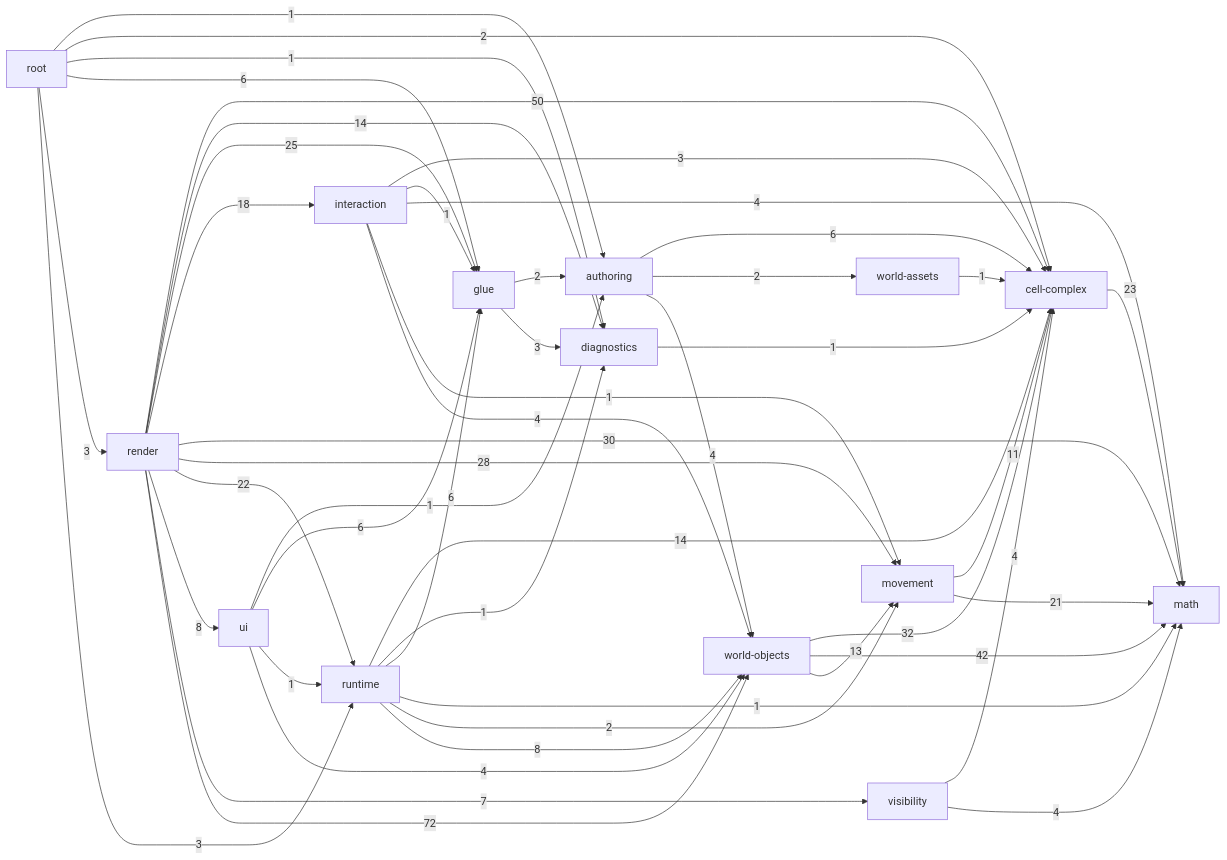
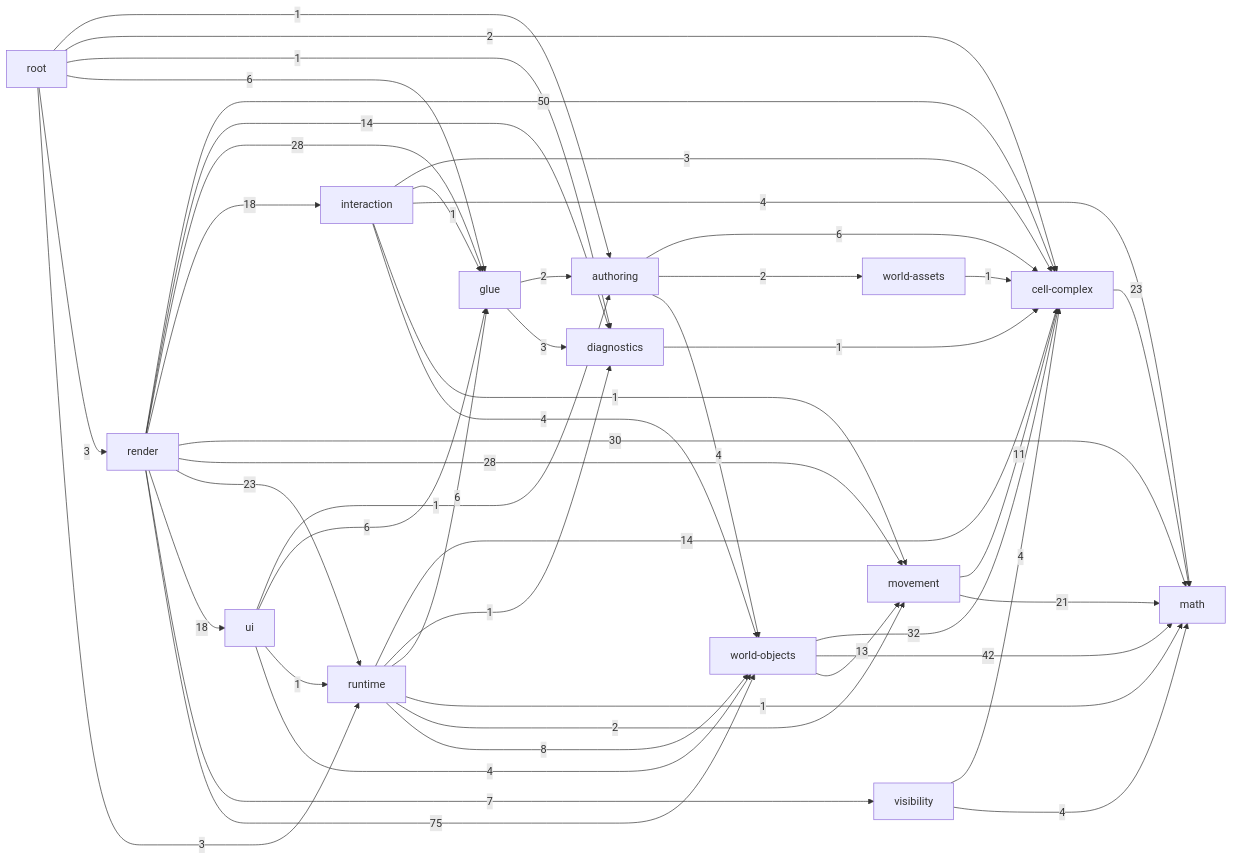
One commit to guraltsev/noneuclid-fpv changed the diagram in _docs/generated/ARCHITECTURE_REFERENCE.md. Above: the diagram before and after it, drawn with Mermaid. The commit also changed other lines of this file and 25 other files, not shown here.

````diff
--- a/_docs/generated/ARCHITECTURE_REFERENCE.md
+++ b/_docs/generated/ARCHITECTURE_REFERENCE.md
@@ -35,63 +35,63 @@
 ```mermaid
 flowchart LR
   math["math"]
   cell_complex["cell-complex"]
   diagnostics["diagnostics"]
   visibility["visibility"]
   movement["movement"]
   world_assets["world-assets"]
   world_objects["world-objects"]
   authoring["authoring"]
   glue["glue"]
   interaction["interaction"]
   runtime["runtime"]
   ui["ui"]
   render["render"]
   root["root"]
   authoring -->|6| cell_complex
   authoring -->|2| world_assets
   authoring -->|4| world_objects
   cell_complex -->|23| math
   diagnostics -->|1| cell_complex
   glue -->|2| authoring
   glue -->|3| diagnostics
   interaction -->|3| cell_complex
   interaction -->|1| glue
   interaction -->|4| math
   interaction -->|1| movement
   interaction -->|4| world_objects
   movement -->|11| cell_complex
   movement -->|21| math
   render -->|50| cell_complex
   render -->|14| diagnostics
-  render -->|25| glue
+  render -->|28| glue
   render -->|18| interaction
   render -->|30| math
   render -->|28| movement
-  render -->|22| runtime
-  render -->|8| ui
+  render -->|23| runtime
+  render -->|18| ui
   render -->|7| visibility
-  render -->|72| world_objects
+  render -->|75| world_objects
   root -->|1| authoring
   root -->|2| cell_complex
   root -->|1| diagnostics
   root -->|6| glue
   root -->|3| render
   root -->|3| runtime
   runtime -->|14| cell_complex
   runtime -->|1| diagnostics
   runtime -->|6| glue
   runtime -->|1| math
   runtime -->|2| movement
   runtime -->|8| world_objects
   ui -->|1| authoring
   ui -->|6| glue
   ui -->|1| runtime
   ui -->|4| world_objects
   visibility -->|4| cell_complex
   visibility -->|4| math
   world_assets -->|1| cell_complex
   world_objects -->|32| cell_complex
   world_objects -->|42| math
   world_objects -->|13| movement
 ```
````
